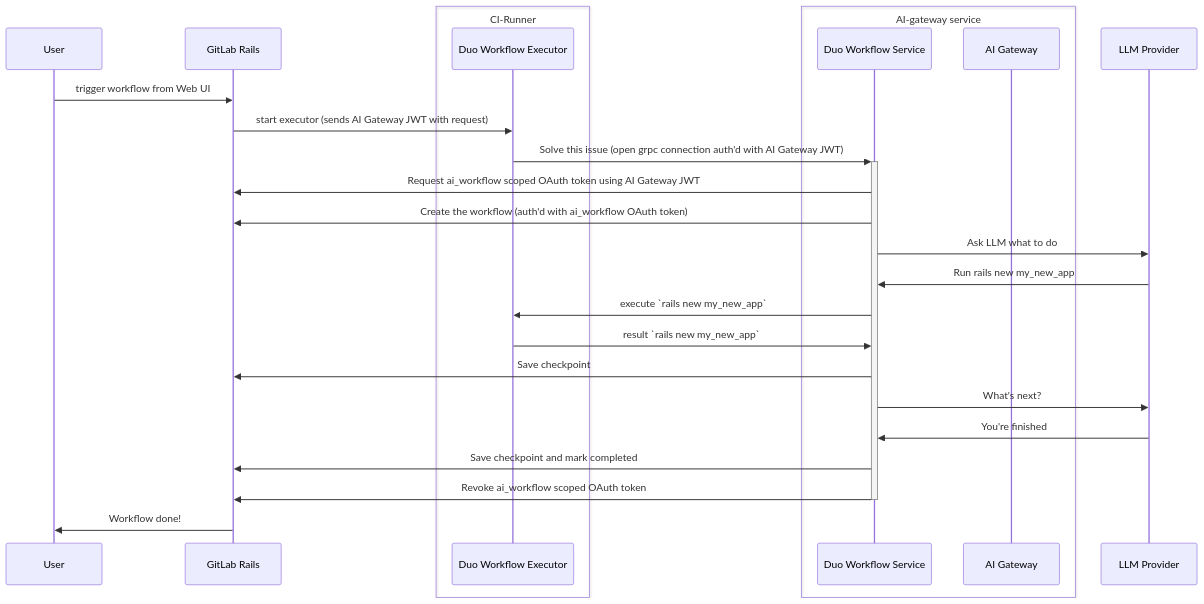
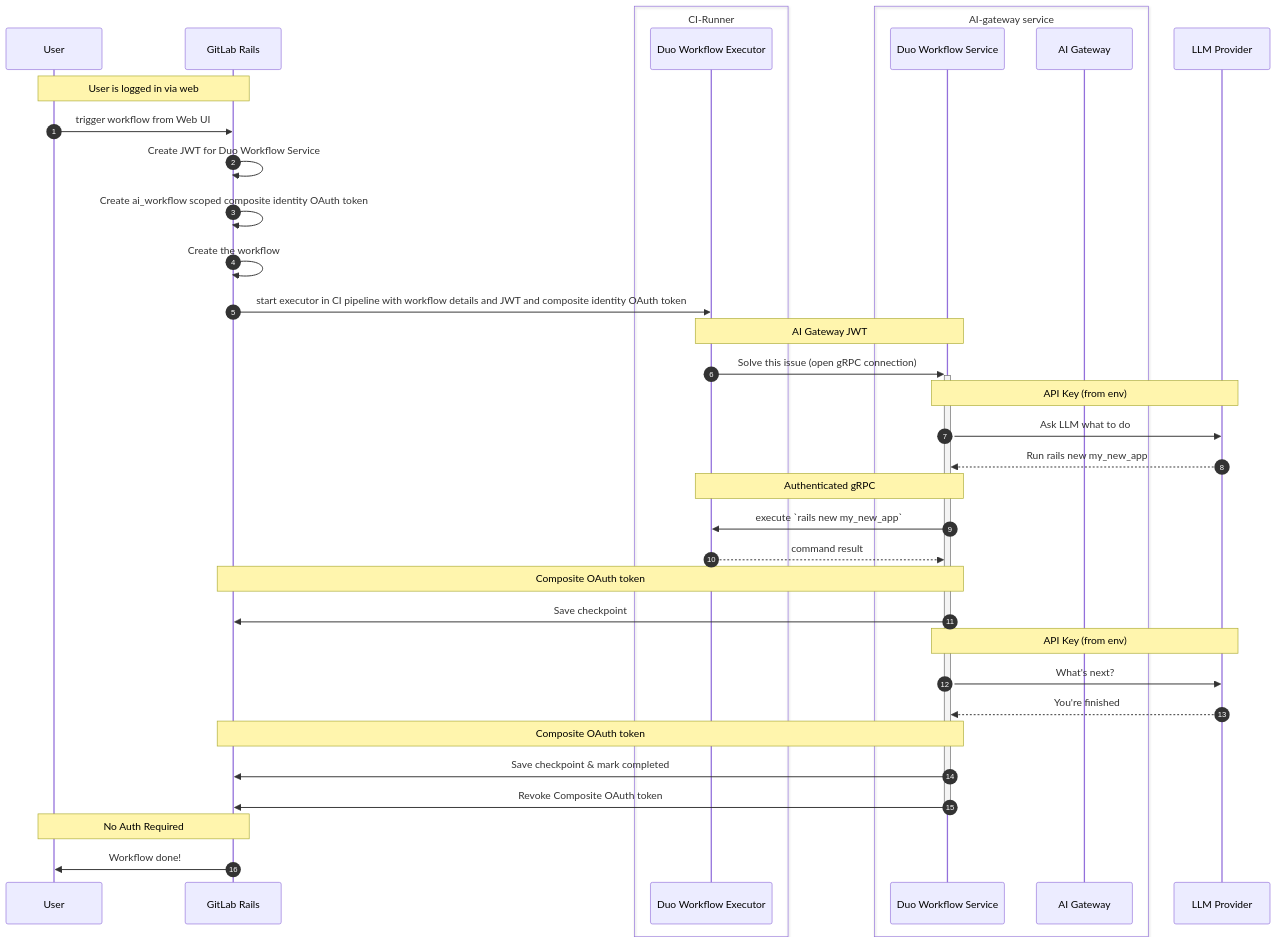
One commit to zalyoung/gitlab-handbook changed the second of 5 diagrams in content/handbook/engineering/architecture/design-documents/duo_workflow/_index.md. Above: the diagram before and after it, drawn with Mermaid. The commit also changed other lines of this file, not shown here.

Commit message:
Duo Workflow: Update sequence diagram with auth

````diff
--- a/content/handbook/engineering/architecture/design-documents/duo_workflow/_index.md
+++ b/content/handbook/engineering/architecture/design-documents/duo_workflow/_index.md
@@ -158,30 +160,48 @@
 ```mermaid
 sequenceDiagram
-   participant user as User
-   participant gitlab_rails as GitLab Rails
-   box CI-Runner
-      participant executor as Duo Workflow Executor
-   end
-   box AI-gateway service
-     participant duo_workflow_service as Duo Workflow Service
-     participant ai_gateway as AI Gateway
-   end
-   participant llm_provider as LLM Provider
+    autonumber
+    participant user as User
+    participant gitlab_rails as GitLab Rails
+    box CI-Runner #LightYellow
+        participant executor as Duo Workflow Executor
+    end
+    box AI-gateway service #LightBlue
+        participant duo_workflow_service as Duo Workflow Service
+        participant ai_gateway as AI Gateway
+    end
+    participant llm_provider as LLM Provider
 
-   user->>gitlab_rails: trigger workflow from Web UI
-   gitlab_rails->>executor: start executor (sends AI Gateway JWT with request)
-   executor->>+duo_workflow_service: Solve this issue (open grpc connection auth'd with AI Gateway JWT)
-   duo_workflow_service->>gitlab_rails: Request ai_workflow scoped OAuth token using AI Gateway JWT
-   duo_workflow_service->>gitlab_rails: Create the workflow (auth'd with ai_workflow OAuth token)
-   duo_workflow_service->>llm_provider: Ask LLM what to do
-   llm_provider->>duo_workflow_service: Run rails new my_new_app
-   duo_workflow_service->>executor: execute `rails new my_new_app`
-   executor->>duo_workflow_service: result `rails new my_new_app`
-   duo_workflow_service->>gitlab_rails: Save checkpoint
-   duo_workflow_service->>llm_provider: What's next?
-   llm_provider->>duo_workflow_service: You're finished
-   duo_workflow_service->>gitlab_rails: Save checkpoint and mark completed
-   duo_workflow_service->>gitlab_rails: Revoke ai_workflow scoped OAuth token
-   deactivate duo_workflow_service
-   gitlab_rails->>user: Workflow done!
+    note over user,gitlab_rails: User is logged in via web
+    user->>gitlab_rails: trigger workflow from Web UI
+    gitlab_rails->>gitlab_rails: Create JWT for Duo Workflow Service
+    gitlab_rails->>gitlab_rails: Create ai_workflow scoped composite identity OAuth token
+    gitlab_rails->>gitlab_rails: Create the workflow
+
+    gitlab_rails->>executor: start executor in CI pipeline with workflow details and JWT and composite identity OAuth token
+
+    note over executor,duo_workflow_service: AI Gateway JWT
+    executor->>+duo_workflow_service: Solve this issue (open gRPC connection)
+
+    note over duo_workflow_service,llm_provider: API Key (from env)
+    duo_workflow_service->>llm_provider: Ask LLM what to do
+    llm_provider-->>duo_workflow_service: Run rails new my_new_app
+
+    note over duo_workflow_service,executor: Authenticated gRPC
+    duo_workflow_service->>executor: execute `rails new my_new_app`
+    executor-->>duo_workflow_service: command result
+
+    note over duo_workflow_service,gitlab_rails: Composite OAuth token
+    duo_workflow_service->>gitlab_rails: Save checkpoint
+
+    note over duo_workflow_service,llm_provider: API Key (from env)
+    duo_workflow_service->>llm_provider: What's next?
+    llm_provider-->>duo_workflow_service: You're finished
+
+    note over duo_workflow_service,gitlab_rails: Composite OAuth token
+    duo_workflow_service->>gitlab_rails: Save checkpoint & mark completed
+    duo_workflow_service->>gitlab_rails: Revoke Composite OAuth token
+    deactivate duo_workflow_service
+
+    note over gitlab_rails,user: No Auth Required
+    gitlab_rails->>user: Workflow done!
 ```
````
